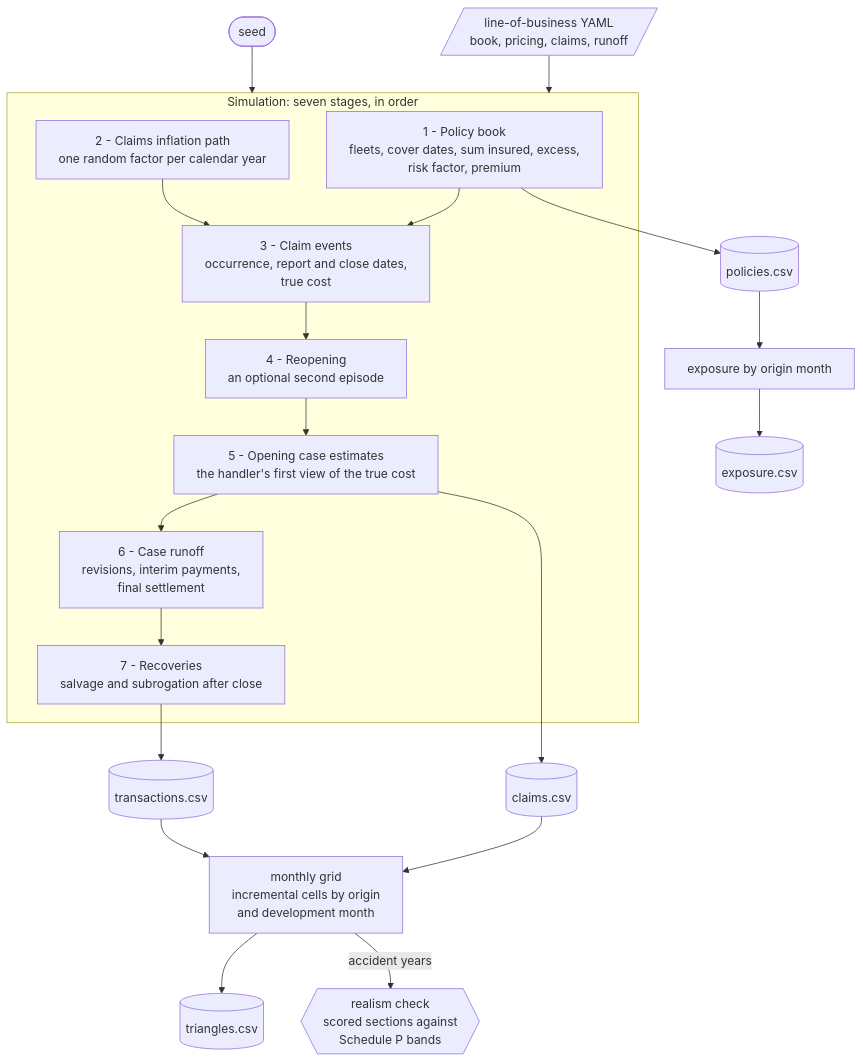
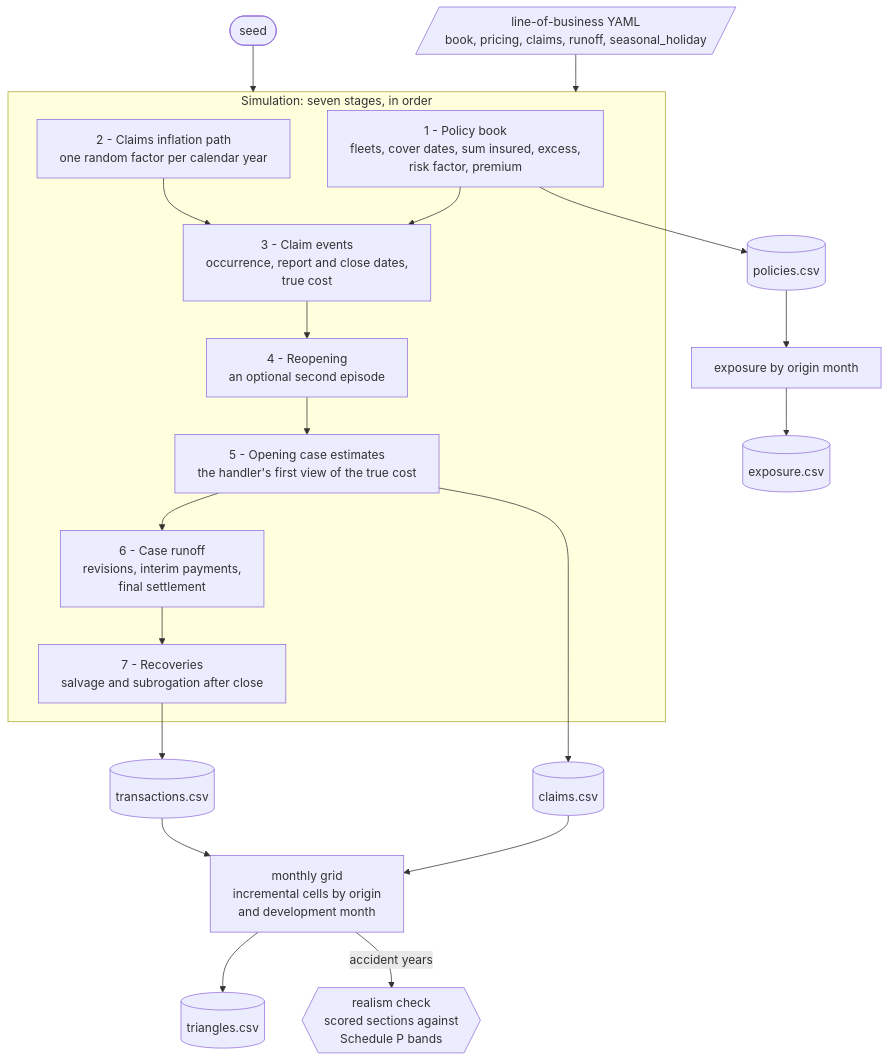
One commit to le-marais/claims-data-generator changed the first of 10 diagrams in README.md. Above: the diagram before and after it, drawn with Mermaid. The commit also changed other lines of this file and 22 other files, not shown here.

````diff
--- a/README.md
+++ b/README.md
@@ -70,36 +70,36 @@
 ```mermaid
 %%{init: {"flowchart": {"wrappingWidth": 480}}}%%
 flowchart TD
-    yaml[/"line-of-business YAML<br/>book, pricing, claims, runoff"/]
+    yaml[/"line-of-business YAML<br/>book, pricing, claims, runoff, seasonal_holiday"/]
     seed(["seed"])
     subgraph sim["Simulation: seven stages, in order"]
         s1["1 - Policy book<br/>fleets, cover dates, sum insured, excess,<br/>risk factor, premium"]
         s2["2 - Claims inflation path<br/>one random factor per calendar year"]
         s3["3 - Claim events<br/>occurrence, report and close dates,<br/>true cost"]
         s4["4 - Reopening<br/>an optional second episode"]
         s5["5 - Opening case estimates<br/>the handler's first view of the true cost"]
         s6["6 - Case runoff<br/>revisions, interim payments,<br/>final settlement"]
         s7["7 - Recoveries<br/>salvage and subrogation after close"]
         s1 --> s3
         s2 --> s3
         s3 --> s4 --> s5 --> s6 --> s7
     end
     policiesCsv[("policies.csv")]
     claimsCsv[("claims.csv")]
     transactionsCsv[("transactions.csv")]
     grid["monthly grid<br/>incremental cells by origin<br/>and development month"]
     exposure["exposure by origin month"]
     trianglesCsv[("triangles.csv")]
     exposureCsv[("exposure.csv")]
     realism{{"realism check<br/>scored sections against<br/>Schedule P bands"}}
     yaml --> sim
     seed --> sim
     s1 --> policiesCsv
     s5 --> claimsCsv
     s7 --> transactionsCsv
     claimsCsv & transactionsCsv --> grid
     policiesCsv --> exposure
     grid --> trianglesCsv
     exposure --> exposureCsv
     grid -- "accident years" --> realism
 ```
````
